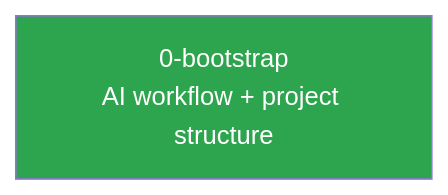
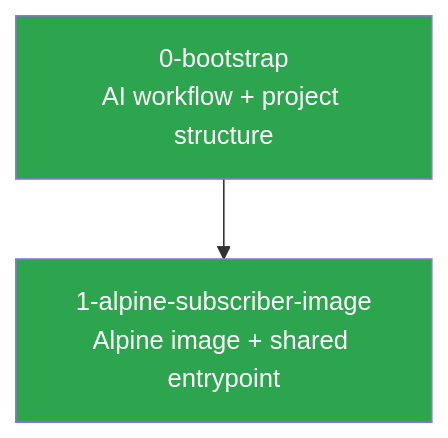
Before and after one commit to veesix-networks/bngtester: the diagram in context/SUMMARY.md, drawn with Mermaid. The commit also changed other lines of this file and 1 other file, not shown here.

````diff
--- a/context/SUMMARY.md
+++ b/context/SUMMARY.md
@@ -19,6 +20,10 @@
 ```mermaid
 graph TD
     B[0-bootstrap<br/>AI workflow + project structure]
+    A[1-alpine-subscriber-image<br/>Alpine image + shared entrypoint]
+
+    B --> A
 
     style B fill:#2da44e,color:#fff
+    style A fill:#2da44e,color:#fff
 ```
````
